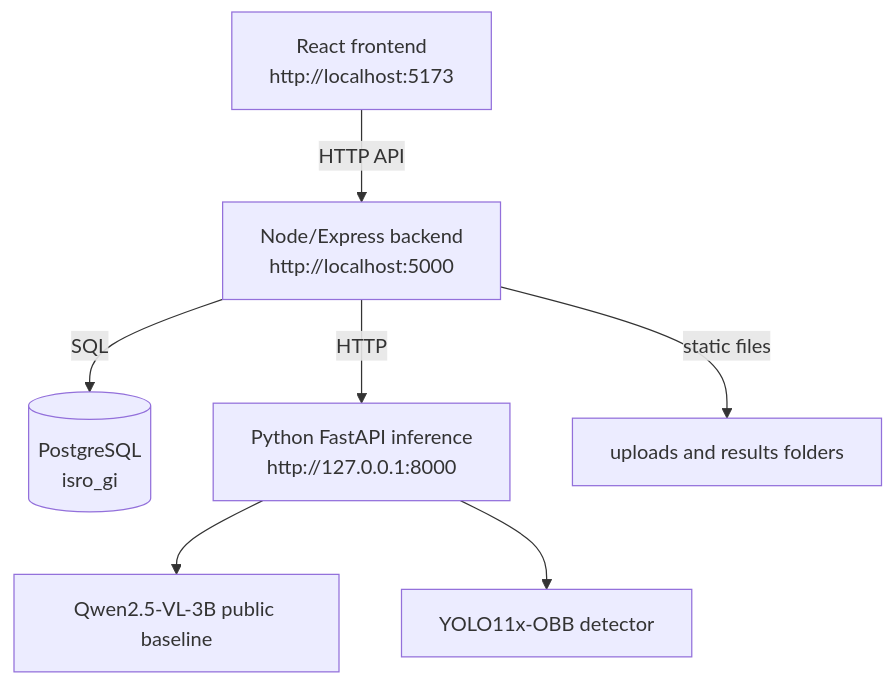
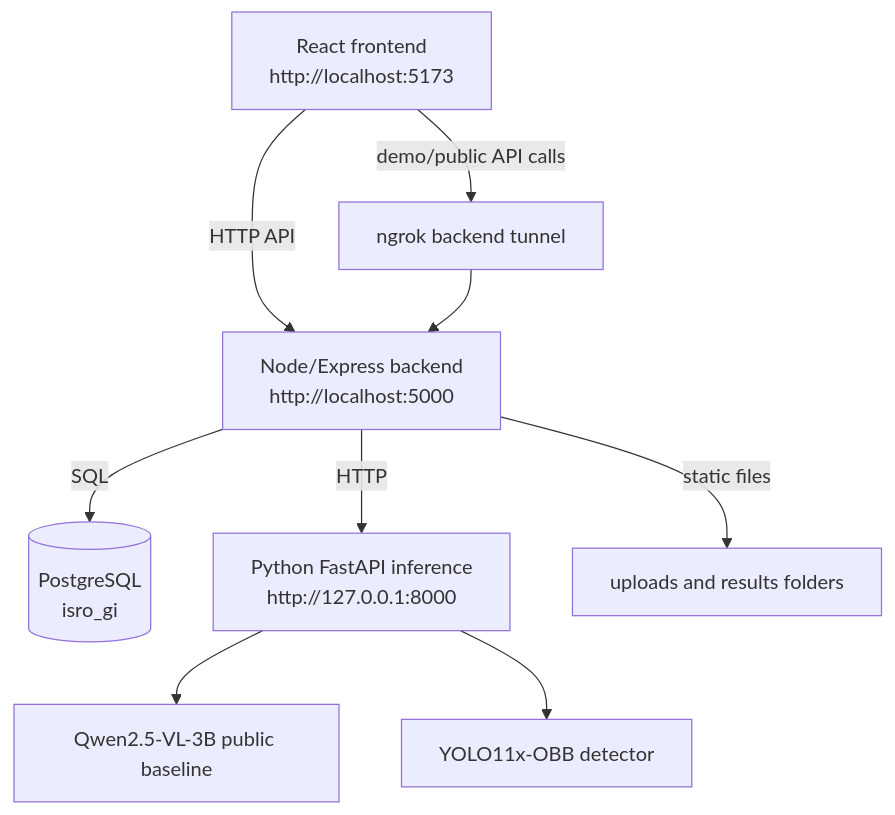
Before and after one commit to Harsh-P-Shukla/SatQueryAI: the diagram in SATQUERY_AI_PROJECT_REPORT.md, drawn with Mermaid. The commit also changed other lines of this file and 24 other files, not shown here.

````diff
--- a/SATQUERY_AI_PROJECT_REPORT.md
+++ b/SATQUERY_AI_PROJECT_REPORT.md
@@ -68,9 +78,11 @@
 ```mermaid
 flowchart TD
     A[React frontend<br/>http://localhost:5173] -->|HTTP API| B[Node/Express backend<br/>http://localhost:5000]
+    A -->|demo/public API calls| N[ngrok backend tunnel]
+    N --> B
     B -->|SQL| C[(PostgreSQL<br/>isro_gi)]
     B -->|HTTP| D[Python FastAPI inference<br/>http://127.0.0.1:8000]
     B -->|static files| E[uploads and results folders]
     D --> F[Qwen2.5-VL-3B public baseline]
     D --> G[YOLO11x-OBB detector]
 ```
````
